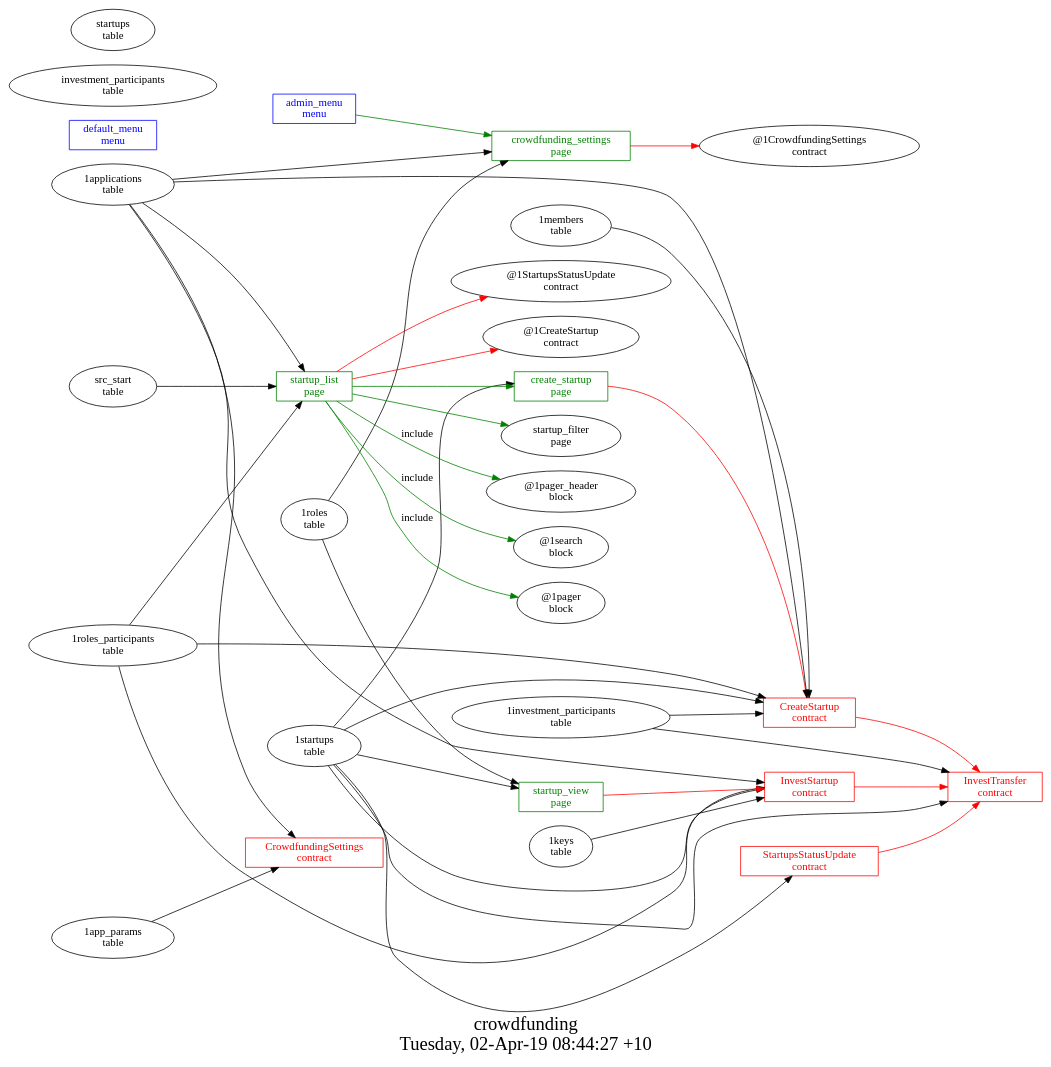
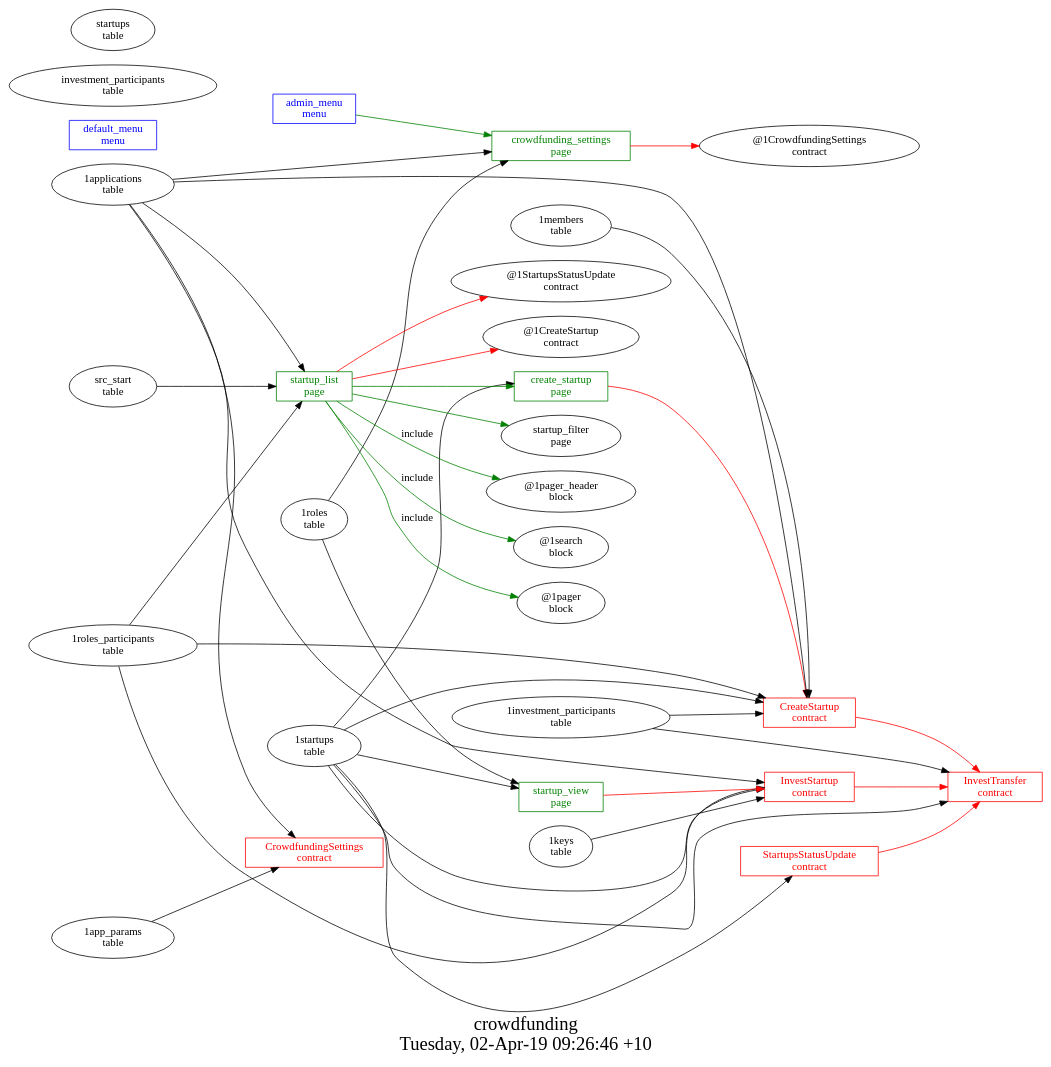
Before and after one commit to AplaProject/apps: the diagram in ecosystem_apps/crowdfunding/struct.dot, drawn with Graphviz. The commit also changed 2 other files, not shown here.

```diff
--- a/ecosystem_apps/crowdfunding/struct.dot
+++ b/ecosystem_apps/crowdfunding/struct.dot
@@ -1,57 +1,57 @@
 digraph G {
 fontsize="24";
-label="crowdfunding\nTuesday, 02-Apr-19 08:44:27 +10";
+label="crowdfunding\nTuesday, 02-Apr-19 09:26:46 +10";
 nojustify=true;
 ordering=out;
 rankdir=LR;
 size="30";
 "admin_menu\nmenu" -> "crowdfunding_settings\npage"  [ color=green ]
 "admin_menu\nmenu" [color=blue, fontcolor=blue, group=menus, shape=record];
 "default_menu\nmenu" [color=blue, fontcolor=blue, group=menus, shape=record];
 "create_startup\npage" -> "CreateStartup\ncontract"  [ color=red ]
 "1startups\ntable" -> "create_startup\npage"
 "create_startup\npage" [color=green, fontcolor=green, group=pages, shape=record];
 "crowdfunding_settings\npage" -> "@1CrowdfundingSettings\ncontract"  [ color=red ]
 "1applications\ntable" -> "crowdfunding_settings\npage"
 "1roles\ntable" -> "crowdfunding_settings\npage"
 "crowdfunding_settings\npage" [color=green, fontcolor=green, group=pages, shape=record];
 "startup_list\npage" -> "@1StartupsStatusUpdate\ncontract"  [ color=red ]
 "startup_list\npage" -> "@1CreateStartup\ncontract"  [ color=red ]
 "1applications\ntable" -> "startup_list\npage"
 "1roles_participants\ntable" -> "startup_list\npage"
 "src_start\ntable" -> "startup_list\npage"
 "startup_list\npage" -> "create_startup\npage"  [ color=green ]
 "startup_list\npage" -> "startup_filter\npage"  [ color=green ]
 "startup_list\npage" -> "@1pager_header\nblock"  [ color=green, label=include ]
 "startup_list\npage" -> "@1search\nblock"  [ color=green, label=include ]
 "startup_list\npage" -> "@1pager\nblock"  [ color=green, label=include ]
 "startup_list\npage" [color=green, fontcolor=green, group=pages, shape=record];
 "startup_view\npage" -> "InvestStartup\ncontract"  [ color=red ]
 "1startups\ntable" -> "startup_view\npage"
 "1roles\ntable" -> "startup_view\npage"
 "startup_view\npage" [color=green, fontcolor=green, group=pages, shape=record];
 "CreateStartup\ncontract" -> "InvestTransfer\ncontract"  [ color=red ]
 "1applications\ntable" -> "CreateStartup\ncontract"
 "1roles_participants\ntable" -> "CreateStartup\ncontract"
 "1startups\ntable" -> "CreateStartup\ncontract"
 "1investment_participants\ntable" -> "CreateStartup\ncontract"
 "1members\ntable" -> "CreateStartup\ncontract"
 "CreateStartup\ncontract" [color=red, fontcolor=red, group=contracts, shape=record];
 "1app_params\ntable" -> "CrowdfundingSettings\ncontract"
 "1applications\ntable" -> "CrowdfundingSettings\ncontract"
 "CrowdfundingSettings\ncontract" [color=red, fontcolor=red, group=contracts, shape=record];
 "InvestStartup\ncontract" -> "InvestTransfer\ncontract"  [ color=red ]
 "1applications\ntable" -> "InvestStartup\ncontract"
 "1roles_participants\ntable" -> "InvestStartup\ncontract"
 "1startups\ntable" -> "InvestStartup\ncontract"
 "1keys\ntable" -> "InvestStartup\ncontract"
 "InvestStartup\ncontract" [color=red, fontcolor=red, group=contracts, shape=record];
 "1startups\ntable" -> "InvestTransfer\ncontract"
 "1investment_participants\ntable" -> "InvestTransfer\ncontract"
 "InvestTransfer\ncontract" [color=red, fontcolor=red, group=contracts, shape=record];
 "StartupsStatusUpdate\ncontract" -> "InvestTransfer\ncontract"  [ color=red ]
 "1startups\ntable" -> "StartupsStatusUpdate\ncontract"
 "StartupsStatusUpdate\ncontract" [color=red, fontcolor=red, group=contracts, shape=record];
 "investment_participants\ntable" [color="", fontcolor="", group=tables, shape=""];
 "startups\ntable" [color="", fontcolor="", group=tables, shape=""];
 }
```
